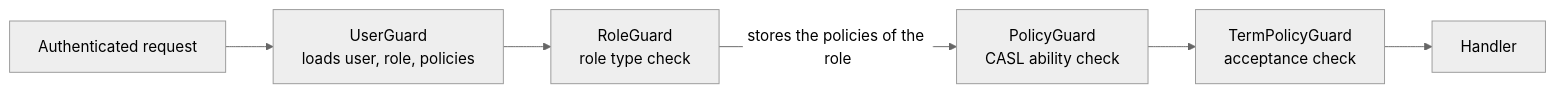
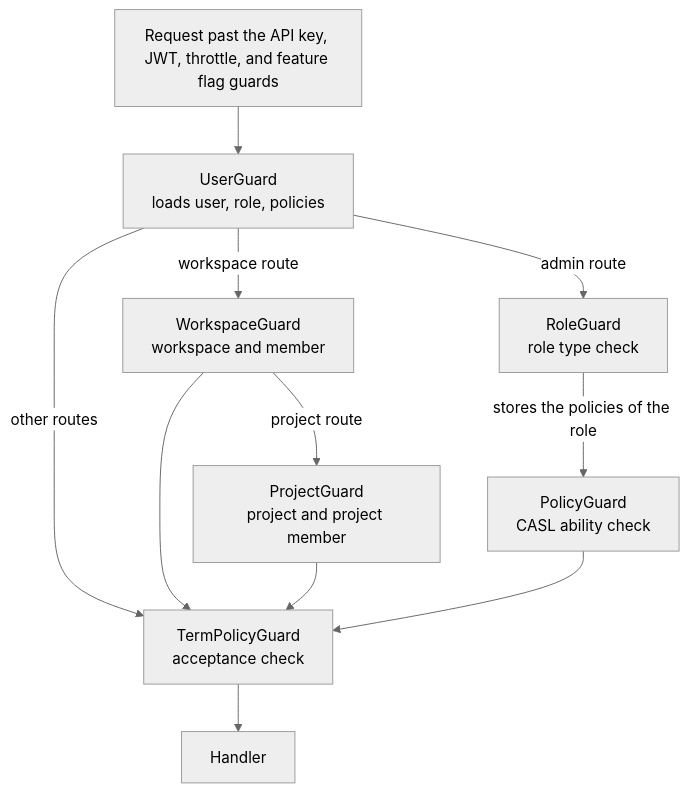
Before and after one commit to andrechristikan/ack-nestjs-boilerplate: the diagram in docs/concepts/authorization.md, drawn with Mermaid (neutral theme). The commit also changed other lines of this file and 35 other files, not shown here.

Commit message:
docs: draw every diagram top to bottom and match each to its page

````diff
--- a/docs/concepts/authorization.md
+++ b/docs/concepts/authorization.md
@@ -38,8 +40,13 @@
 ```mermaid
-flowchart LR
-    RQ["Authenticated request"] --> UG["UserGuard<br/>loads user, role, policies"]
-    UG --> RG["RoleGuard<br/>role type check"]
+flowchart TB
+    RQ["Request past the API key, JWT, throttle, and feature flag guards"] --> UG["UserGuard<br/>loads user, role, policies"]
+    UG -->|workspace route| WG["WorkspaceGuard<br/>workspace and member"]
+    WG -->|project route| PJ["ProjectGuard<br/>project and project member"]
+    UG -->|admin route| RG["RoleGuard<br/>role type check"]
     RG -->|stores the policies of the role| PG["PolicyGuard<br/>CASL ability check"]
-    PG --> TG["TermPolicyGuard<br/>acceptance check"]
+    UG -->|other routes| TG["TermPolicyGuard<br/>acceptance check"]
+    WG --> TG
+    PJ --> TG
+    PG --> TG
     TG --> HD["Handler"]
 ```
````
